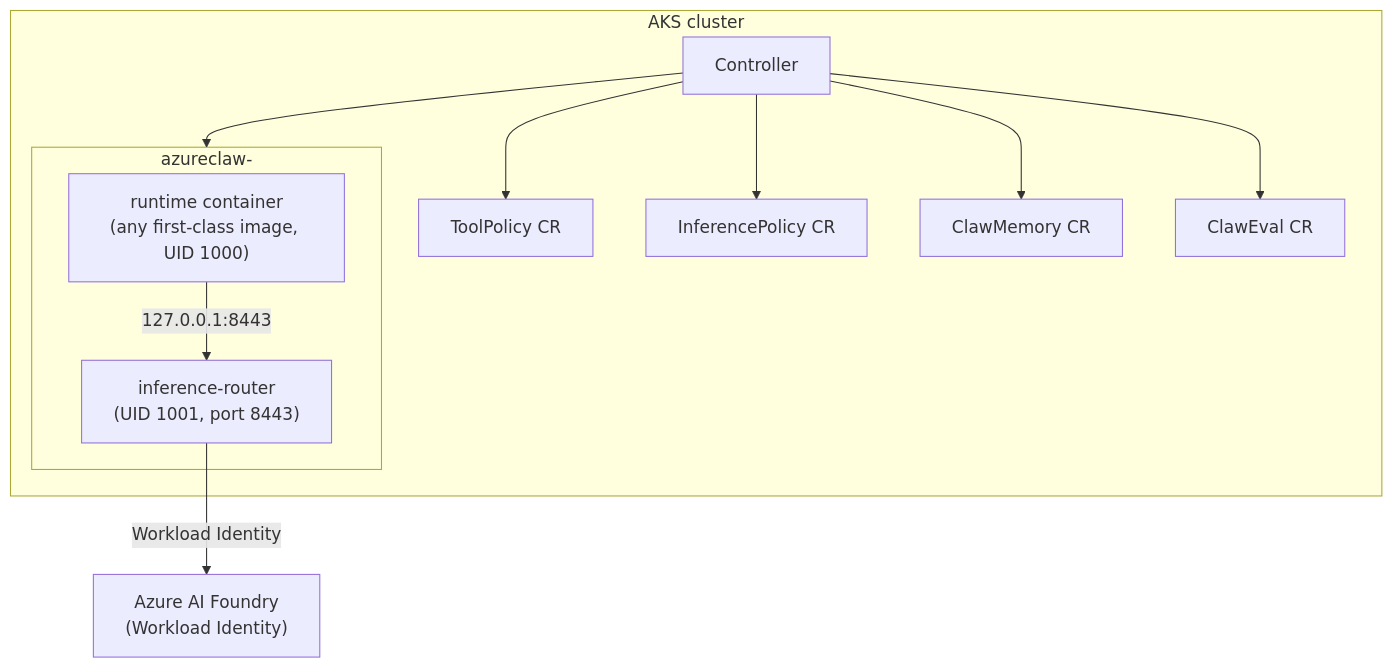
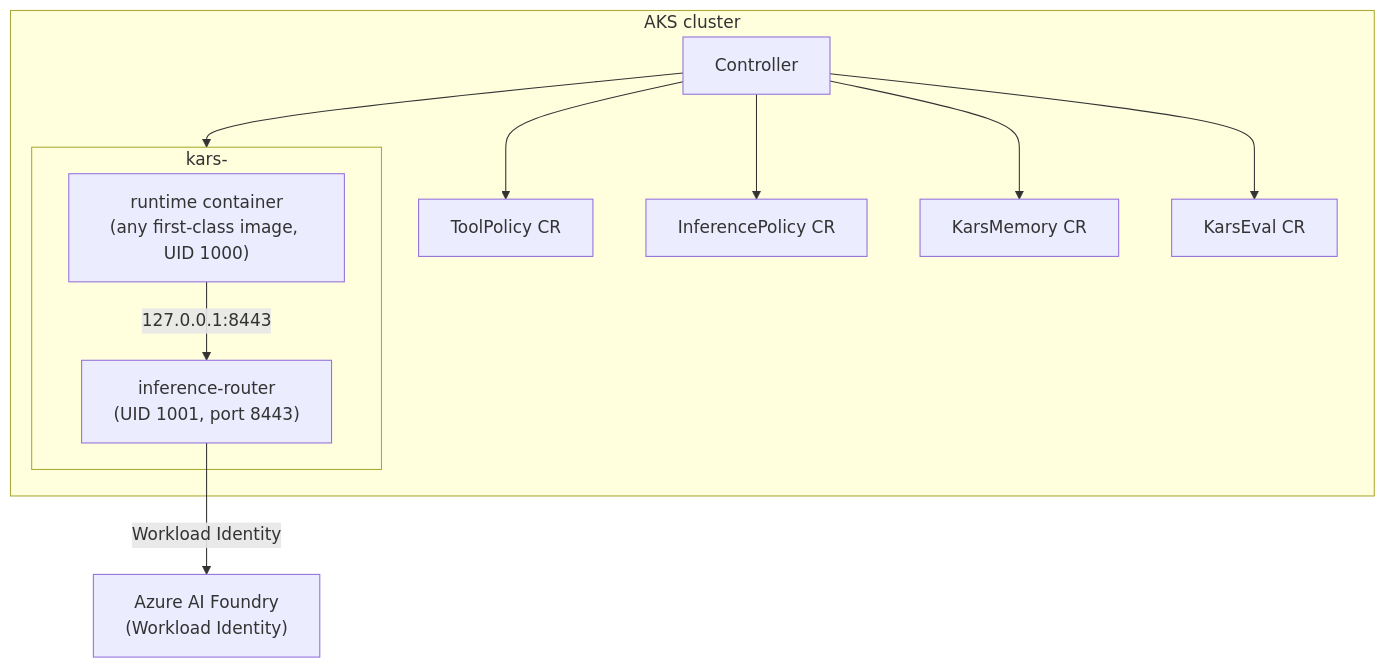
The fourth of 6 diagrams in docs/use-cases.md (lachie83/kars), drawn with Mermaid before and after one commit. The commit also changed other lines of this file and 694 other files, not shown here.

````diff
--- a/docs/use-cases.md
+++ b/docs/use-cases.md
@@ -411,23 +411,23 @@
 ```mermaid
 graph TD
     subgraph AKS["AKS cluster"]
         CTRL[Controller]
-        subgraph NS["azureclaw-<name>"]
+        subgraph NS["kars-<name>"]
             RUNTIME["runtime container<br/>(any first-class image, UID 1000)"]
             IR["inference-router<br/>(UID 1001, port 8443)"]
         end
         TP[ToolPolicy CR]
         IP[InferencePolicy CR]
-        M[ClawMemory CR]
-        E[ClawEval CR]
+        M[KarsMemory CR]
+        E[KarsEval CR]
     end
     Foundry["Azure AI Foundry<br/>(Workload Identity)"]
 
     CTRL --> NS
     CTRL --> TP
     CTRL --> IP
     CTRL --> M
     CTRL --> E
     RUNTIME -->|"127.0.0.1:8443"| IR
     IR -->|Workload Identity| Foundry
 ```
````
